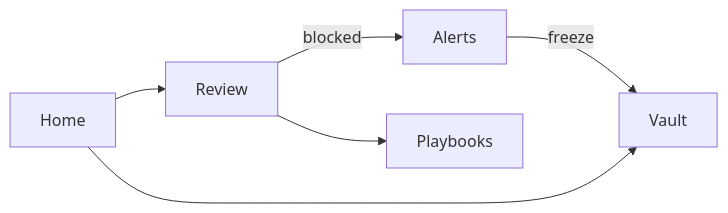
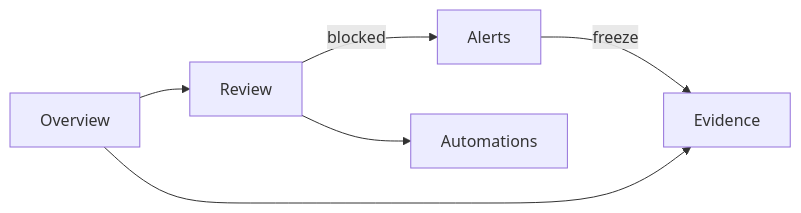
The fifth of 7 diagrams in docs/architecture.md (thesithunyein/arb-guardian), drawn with Mermaid before and after one commit. The commit also changed other lines of this file and 19 other files, not shown here.

````diff
--- a/docs/architecture.md
+++ b/docs/architecture.md
@@ -177,8 +177,8 @@
 ```mermaid
 flowchart LR
-  Home --> Review
+  Overview --> Review
   Review -->|blocked| Alerts
-  Alerts -->|freeze| Vault
-  Review --> Playbooks
-  Home --> Vault
+  Alerts -->|freeze| Evidence
+  Review --> Automations
+  Overview --> Evidence
 ```
````
